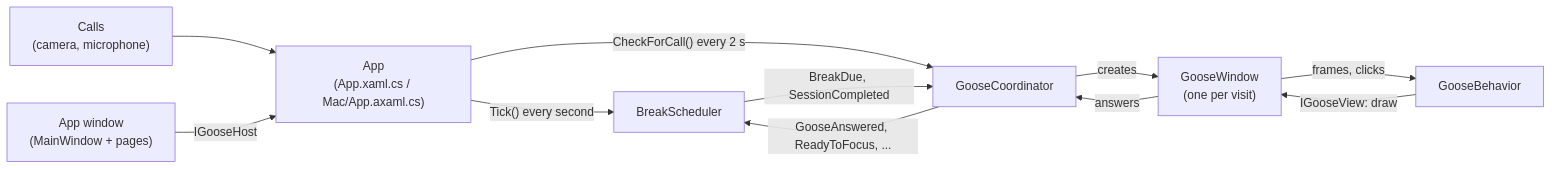
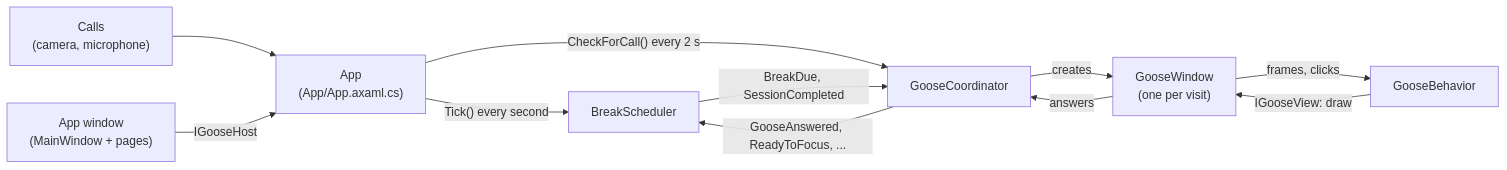
The diagram in docs/architecture.md (rickhellenthal/takeabreakgoose), drawn with Mermaid before and after one commit. The commit also changed other lines of this file and 95 other files, not shown here.

````diff
--- a/docs/architecture.md
+++ b/docs/architecture.md
@@ -40,21 +41,21 @@
 ```mermaid
 flowchart LR
-    App["App<br/>(App.xaml.cs / Mac/App.axaml.cs)"]
+    App["App<br/>(App/App.axaml.cs)"]
     Window["App window<br/>(MainWindow + pages)"]
     Scheduler["BreakScheduler"]
     Coordinator["GooseCoordinator"]
     GooseWindow["GooseWindow<br/>(one per visit)"]
     Behavior["GooseBehavior"]
     Calls["Calls<br/>(camera, microphone)"]
 
     App -- "Tick() every second" --> Scheduler
     App -- "CheckForCall() every 2 s" --> Coordinator
     Calls --> App
     Window -- "IGooseHost" --> App
     Scheduler -- "BreakDue, SessionCompleted" --> Coordinator
     Coordinator -- "creates" --> GooseWindow
     GooseWindow -- "frames, clicks" --> Behavior
     Behavior -- "IGooseView: draw" --> GooseWindow
     GooseWindow -- "answers" --> Coordinator
     Coordinator -- "GooseAnswered, ReadyToFocus, ..." --> Scheduler
 ```
````
